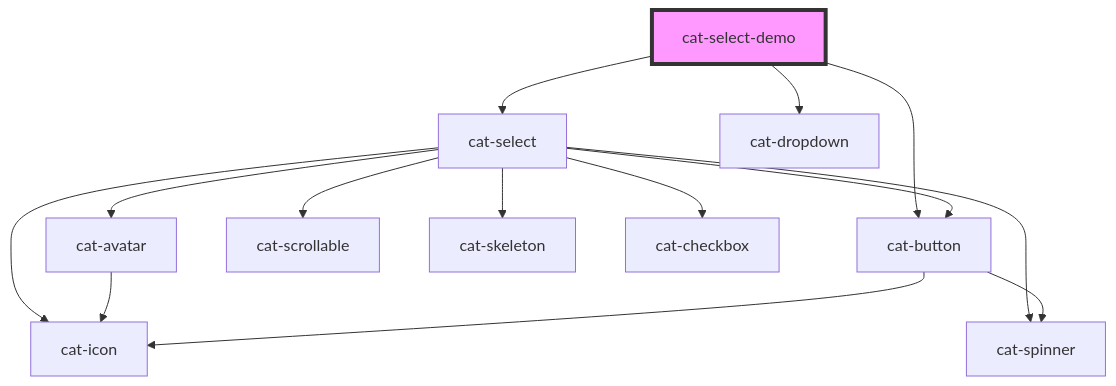
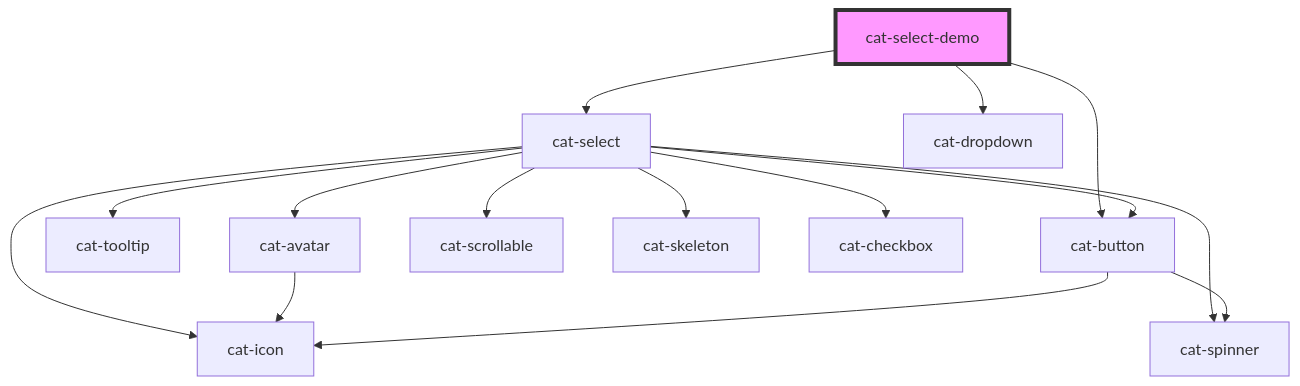
Before and after one commit to haiilo/catalyst: the diagram in core/src/components/cat-select-demo/readme.md, drawn with Mermaid. The commit also changed 8 other files, not shown here.

Commit message:
feat(core): cat-select added tooltips for truncated options on hover

````diff
--- a/core/src/components/cat-select-demo/readme.md
+++ b/core/src/components/cat-select-demo/readme.md
@@ -17,17 +17,18 @@
 ```mermaid
 graph TD;
   cat-select-demo --> cat-select
   cat-select-demo --> cat-dropdown
   cat-select-demo --> cat-button
+  cat-select --> cat-tooltip
   cat-select --> cat-avatar
   cat-select --> cat-button
   cat-select --> cat-spinner
   cat-select --> cat-icon
   cat-select --> cat-scrollable
   cat-select --> cat-skeleton
   cat-select --> cat-checkbox
   cat-avatar --> cat-icon
   cat-button --> cat-icon
   cat-button --> cat-spinner
   style cat-select-demo fill:#f9f,stroke:#333,stroke-width:4px
 ```
````
